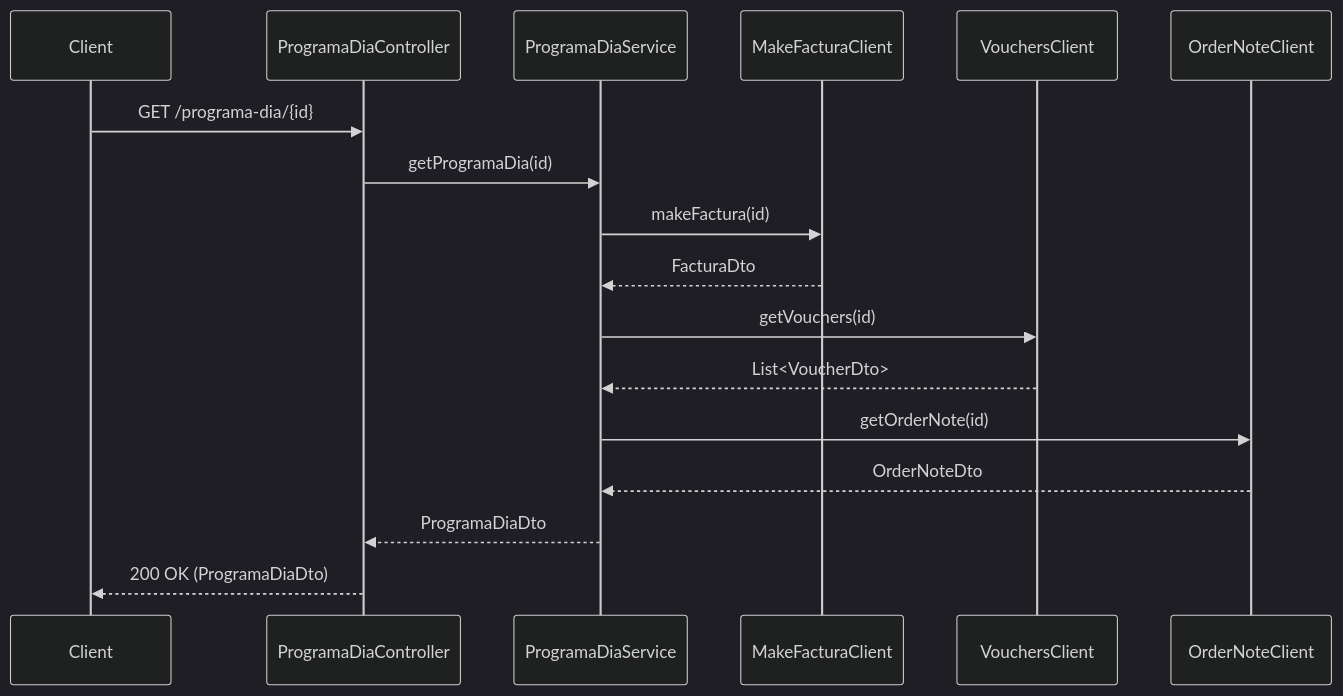
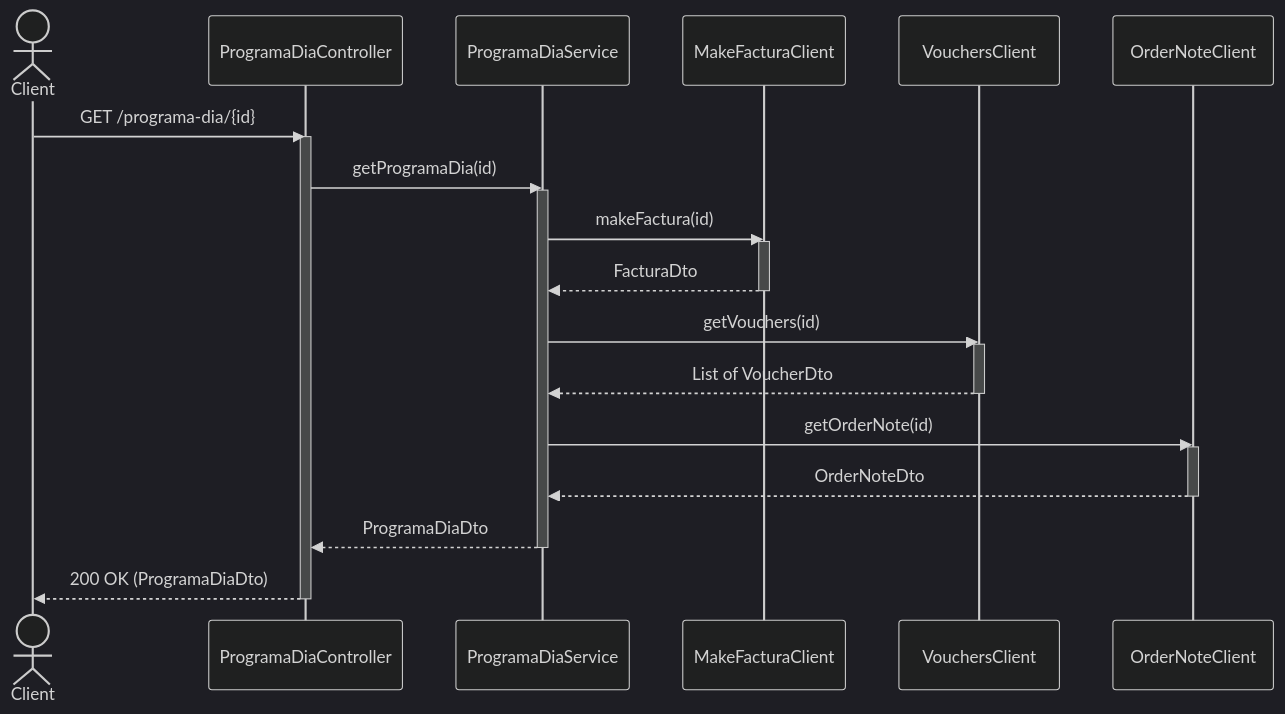
The diagram in docs/diagrams/sequence-flow.mmd (ETEREA-services/ETEREA.programa-dia-service), drawn with Mermaid (dark theme) before and after one commit. The commit also changed 1 other file, not shown here.

Commit message:
fix(docs): corrige la sintaxis de los diagramas Mermaid
Actualiza la sintaxis de los diagramas de secuencia y de modelo de datos para resolver los errores de renderizado en GitHub Pages. Se ajustan los tipos de datos genéricos y se añaden activadores/desactivadores para mayor robustez.

```diff
--- a/docs/diagrams/sequence-flow.mmd
+++ b/docs/diagrams/sequence-flow.mmd
@@ -1,18 +1,28 @@
 sequenceDiagram
-    participant C as Client
+    actor C as Client
     participant PDC as ProgramaDiaController
     participant PDS as ProgramaDiaService
     participant MFF as MakeFacturaClient
     participant VC as VouchersClient
     participant ONC as OrderNoteClient
 
     C->>PDC: GET /programa-dia/{id}
+    activate PDC
     PDC->>PDS: getProgramaDia(id)
+    activate PDS
     PDS->>MFF: makeFactura(id)
+    activate MFF
     MFF-->>PDS: FacturaDto
+    deactivate MFF
     PDS->>VC: getVouchers(id)
-    VC-->>PDS: List<VoucherDto>
+    activate VC
+    VC-->>PDS: List of VoucherDto
+    deactivate VC
     PDS->>ONC: getOrderNote(id)
+    activate ONC
     ONC-->>PDS: OrderNoteDto
+    deactivate ONC
     PDS-->>PDC: ProgramaDiaDto
+    deactivate PDS
     PDC-->>C: 200 OK (ProgramaDiaDto)
+    deactivate PDC
```
